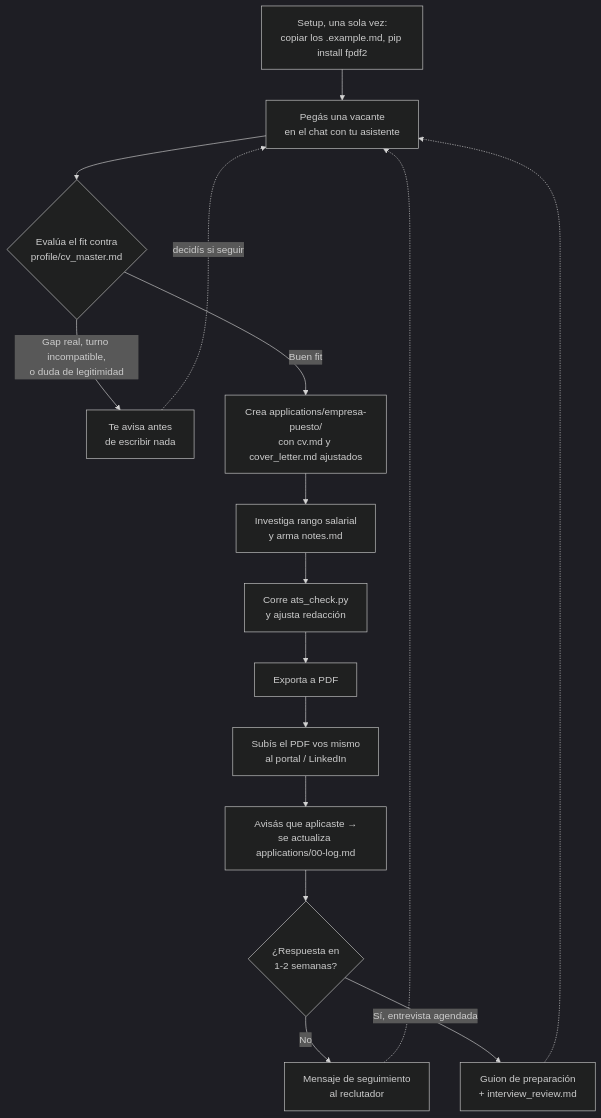
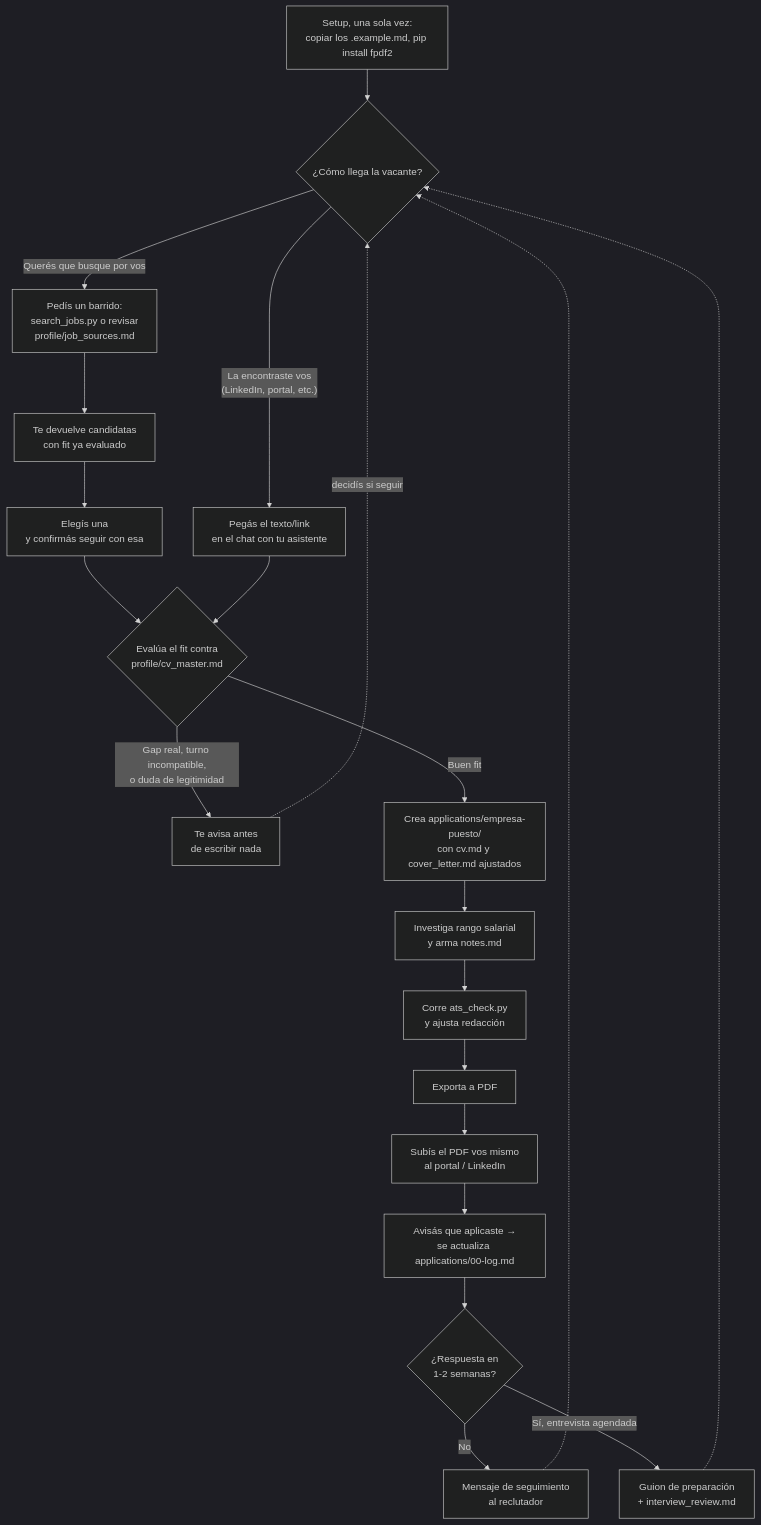
Before and after one commit to anibalbonilla/job-search-ai-template: the diagram in README.md, drawn with Mermaid (dark theme). The commit also changed other lines of this file, not shown here.

Commit message:
Add the search-driven entry point to the flowchart, not just pasting a posting

````diff
--- a/README.md
+++ b/README.md
@@ -40,18 +40,23 @@
 ```mermaid
 flowchart TD
-    A["Setup, una sola vez:<br/>copiar los .example.md, pip install fpdf2"] --> B["Pegás una vacante<br/>en el chat con tu asistente"]
+    A["Setup, una sola vez:<br/>copiar los .example.md, pip install fpdf2"] --> S{"¿Cómo llega la vacante?"}
+    S -->|"La encontraste vos<br/>(LinkedIn, portal, etc.)"| B["Pegás el texto/link<br/>en el chat con tu asistente"]
+    S -->|"Querés que busque por vos"| B0["Pedís un barrido:<br/>search_jobs.py o revisar<br/>profile/job_sources.md"]
+    B0 --> B1["Te devuelve candidatas<br/>con fit ya evaluado"]
+    B1 --> B2["Elegís una<br/>y confirmás seguir con esa"]
+    B2 --> C
     B --> C{"Evalúa el fit contra<br/>profile/cv_master.md"}
     C -->|"Gap real, turno incompatible,<br/>o duda de legitimidad"| D["Te avisa antes<br/>de escribir nada"]
-    D -.->|"decidís si seguir"| B
+    D -.->|"decidís si seguir"| S
     C -->|"Buen fit"| E["Crea applications/empresa-puesto/<br/>con cv.md y cover_letter.md ajustados"]
     E --> F["Investiga rango salarial<br/>y arma notes.md"]
     F --> G["Corre ats_check.py<br/>y ajusta redacción"]
     G --> H["Exporta a PDF"]
     H --> I["Subís el PDF vos mismo<br/>al portal / LinkedIn"]
     I --> J["Avisás que aplicaste →<br/>se actualiza applications/00-log.md"]
     J --> K{"¿Respuesta en<br/>1-2 semanas?"}
     K -->|"No"| L["Mensaje de seguimiento<br/>al reclutador"]
     K -->|"Sí, entrevista agendada"| M["Guion de preparación<br/>+ interview_review.md"]
-    L -.-> B
-    M -.-> B
+    L -.-> S
+    M -.-> S
 ```
````
